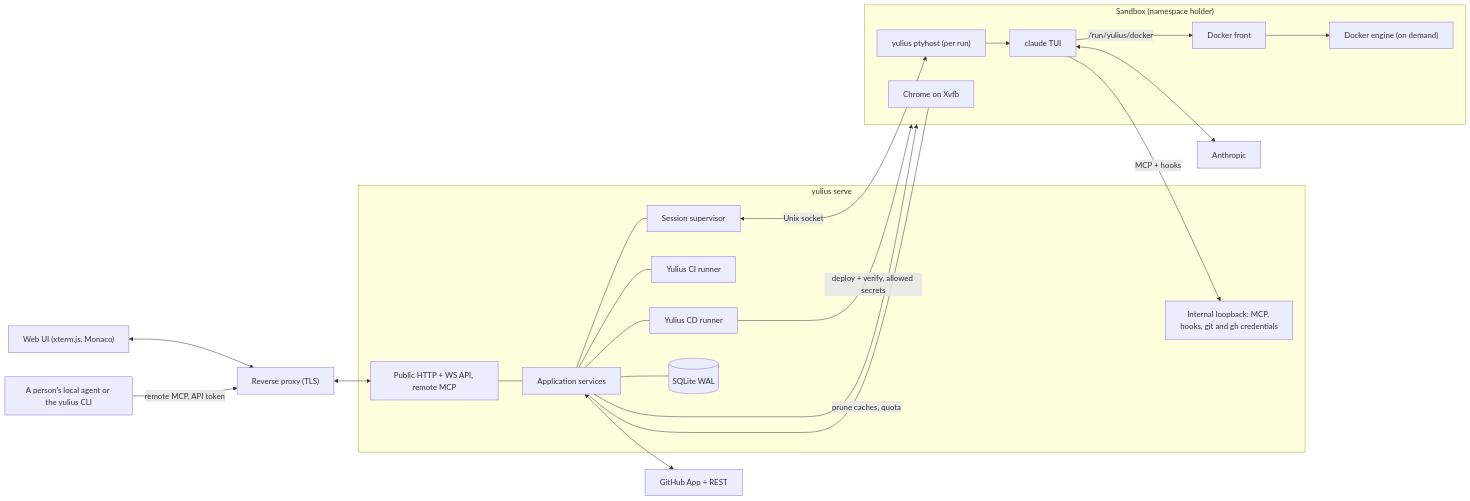
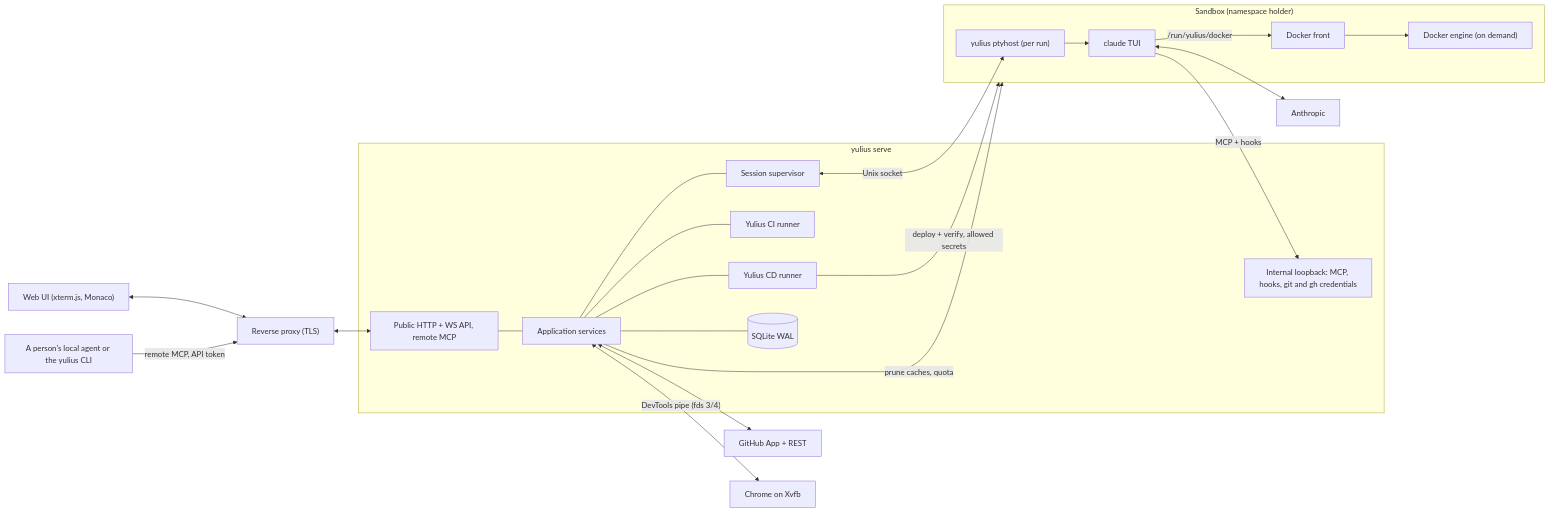
One commit to Quartio-Studio/yulius changed the first of 54 diagrams in docs/architecture.md. Above: the diagram before and after it, drawn with Mermaid. The commit also changed other lines of this file and 12 other files, not shown here.

````diff
--- a/docs/architecture.md
+++ b/docs/architecture.md
@@ -9,31 +9,30 @@
 ```mermaid
 flowchart LR
   UI["Web UI (xterm.js, Monaco)"] <--> RP["Reverse proxy (TLS)"] <--> API
   LA["A person's local agent or the yulius CLI"] -->|"remote MCP, API token"| RP
   subgraph Server["yulius serve"]
     API["Public HTTP + WS API, remote MCP"]
     INT["Internal loopback: MCP, hooks, git and gh credentials"]
     APP["Application services"]
     SUP["Session supervisor"]
     CI["Yulius CI runner"]
     CD["Yulius CD runner"]
     DB[("SQLite WAL")]
   end
   API --- APP --- DB
   APP --- SUP
   APP --- CI
   APP --- CD
   CD -->|"deploy + verify, allowed secrets"| SB
   APP -->|"prune caches, quota"| SB
   SUP <-->|"Unix socket"| PH["yulius ptyhost (per run)"]
   subgraph SB["Sandbox (namespace holder)"]
     PH --> AG["claude TUI"]
-    CH["Chrome on Xvfb"]
     AG -->|"/run/yulius/docker"| DF["Docker front"]
     DF --> DE["Docker engine (on demand)"]
   end
   AG -->|"MCP + hooks"| INT
   APP <--> GH["GitHub App + REST"]
   AG <--> AN["Anthropic"]
-  APP --- CH
+  APP <-->|"DevTools pipe (fds 3/4)"| CH["Chrome on Xvfb"]
 ```
````
